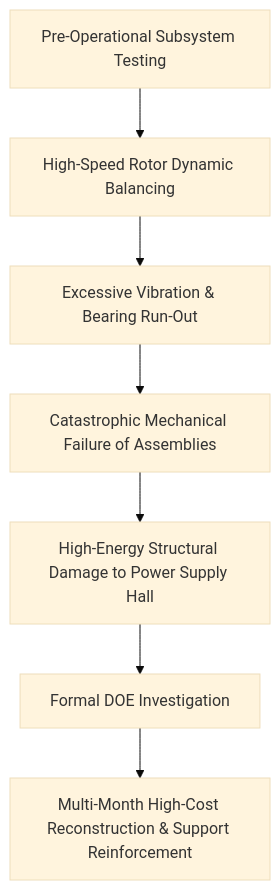
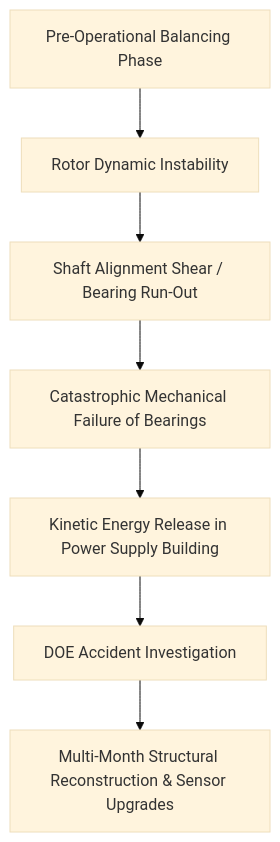
One commit to catskillsresearch/fusion_reactor_component_failures changed the second of 6 diagrams in arxiv.md. Above: the diagram before and after it, drawn with Mermaid (base theme). The commit also changed other lines of this file and 13 other files, not shown here.

````diff
--- a/arxiv.md
+++ b/arxiv.md
@@ -52,9 +53,9 @@
 ```mermaid
 graph TD
-    A[Pre-Operational Subsystem Testing] --> B[High-Speed Rotor Dynamic Balancing]
-    B --> C[Excessive Vibration & Bearing Run-Out]
-    C --> D[Catastrophic Mechanical Failure of Assemblies]
-    D --> E[High-Energy Structural Damage to Power Supply Hall]
-    E --> F[Formal DOE Investigation]
-    F --> G[Multi-Month High-Cost Reconstruction & Support Reinforcement]
+    A[Pre-Operational Balancing Phase] --> B[Rotor Dynamic Instability]
+    B --> C[Shaft Alignment Shear / Bearing Run-Out]
+    C --> D[Catastrophic Mechanical Failure of Bearings]
+    D --> E[Kinetic Energy Release in Power Supply Building]
+    E --> F[DOE Accident Investigation]
+    F --> G[Multi-Month Structural Reconstruction & Sensor Upgrades]
 ```
````
